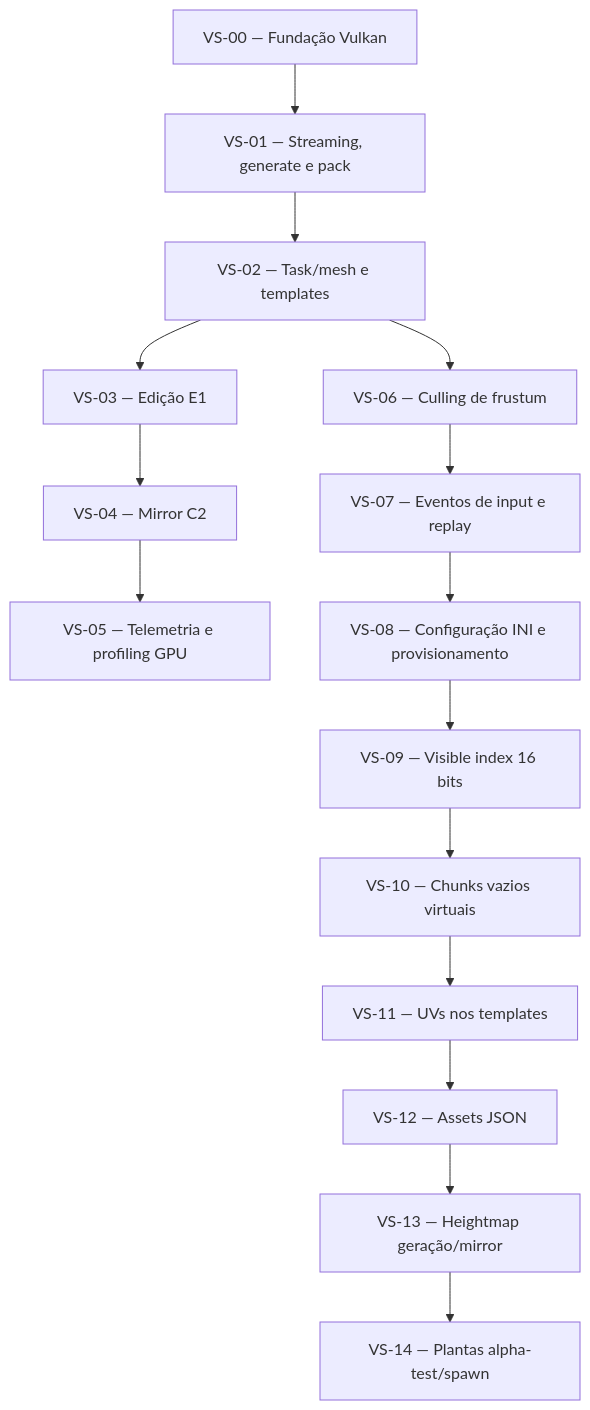
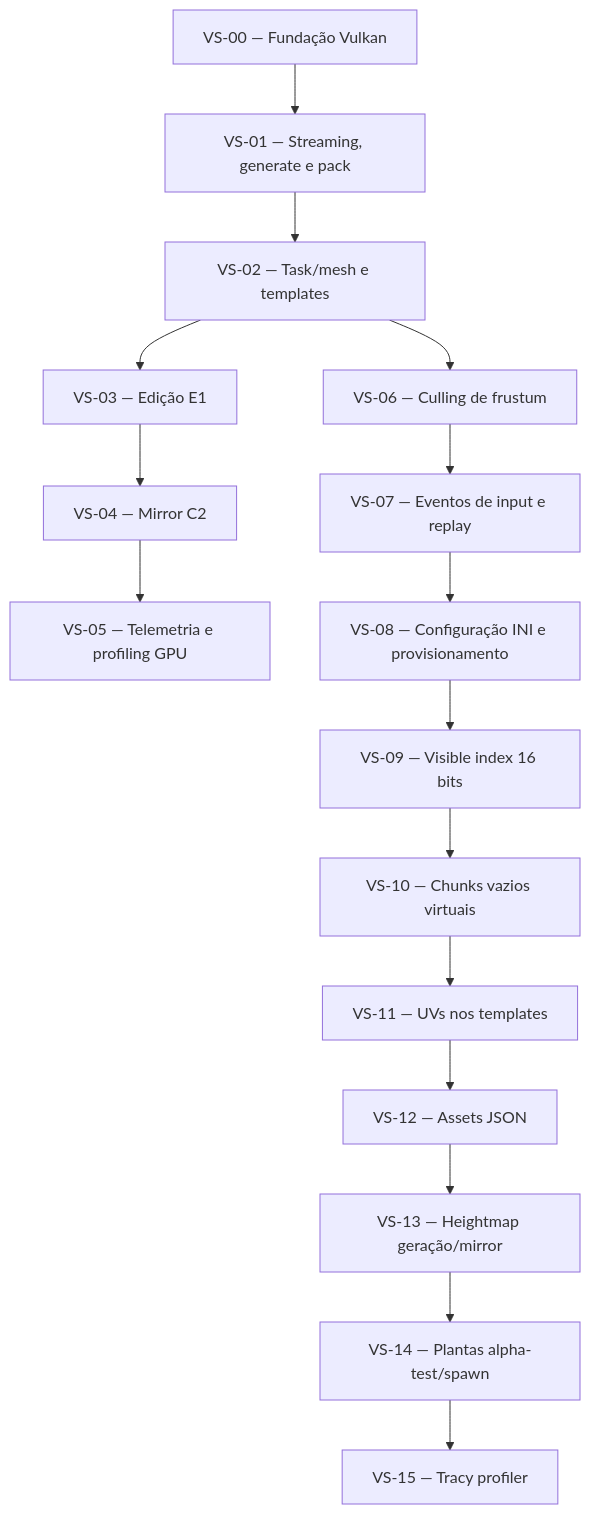
The diagram in docs/obsidian/tracking/dependencias.md (Ruannilton/vox), drawn with Mermaid before and after one commit. The commit also changed other lines of this file and 19 other files, not shown here.

Commit message:
VS-15: tracy profiler (CPU zones)

````diff
--- a/docs/obsidian/tracking/dependencias.md
+++ b/docs/obsidian/tracking/dependencias.md
@@ -7,33 +7,35 @@
 ```mermaid
 graph TD
     VS00[VS-00 — Fundação Vulkan]
     VS01[VS-01 — Streaming, generate e pack]
     VS02[VS-02 — Task/mesh e templates]
     VS03[VS-03 — Edição E1]
     VS04[VS-04 — Mirror C2]
     VS05[VS-05 — Telemetria e profiling GPU]
     VS06[VS-06 — Culling de frustum]
     VS07[VS-07 — Eventos de input e replay]
     VS08[VS-08 — Configuração INI e provisionamento]
     VS09[VS-09 — Visible index 16 bits]
     VS10[VS-10 — Chunks vazios virtuais]
     VS11[VS-11 — UVs nos templates]
     VS12[VS-12 — Assets JSON]
     VS13[VS-13 — Heightmap geração/mirror]
     VS14[VS-14 — Plantas alpha-test/spawn]
+    VS15[VS-15 — Tracy profiler]
 
     VS00 --> VS01
     VS01 --> VS02
     VS02 --> VS03
     VS03 --> VS04
     VS04 --> VS05
     VS02 --> VS06
     VS06 --> VS07
     VS07 --> VS08
     VS08 --> VS09
     VS09 --> VS10
     VS10 --> VS11
     VS11 --> VS12
     VS12 --> VS13
     VS13 --> VS14
+    VS14 --> VS15
 ```
````
